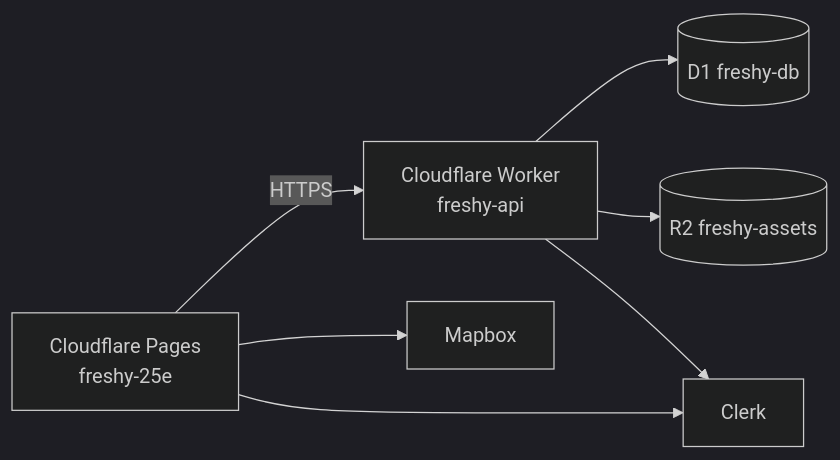
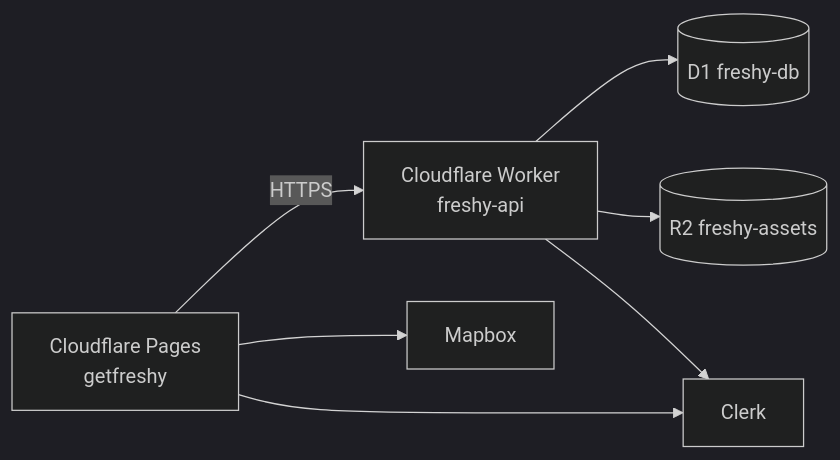
One commit to alexandrelheinen/freshy changed the first of 2 diagrams in docs/infrastructure.md. Above: the diagram before and after it, drawn with Mermaid (dark theme). The commit also changed other lines of this file and 23 other files, not shown here.

````diff
--- a/docs/infrastructure.md
+++ b/docs/infrastructure.md
@@ -21,9 +21,9 @@
 ```mermaid
 flowchart LR
-    Pages[Cloudflare Pages<br/>freshy-25e] -->|HTTPS| Worker[Cloudflare Worker<br/>freshy-api]
+    Pages[Cloudflare Pages<br/>getfreshy] -->|HTTPS| Worker[Cloudflare Worker<br/>freshy-api]
     Worker --> D1[(D1 freshy-db)]
     Worker --> R2[(R2 freshy-assets)]
     Pages --> Mapbox[Mapbox]
     Pages --> Clerk[Clerk]
     Worker --> Clerk
 ```
````
